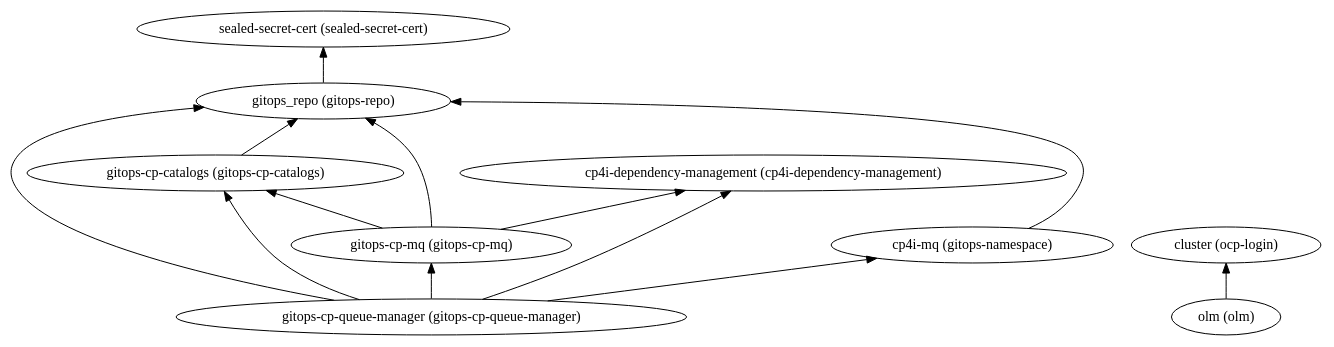
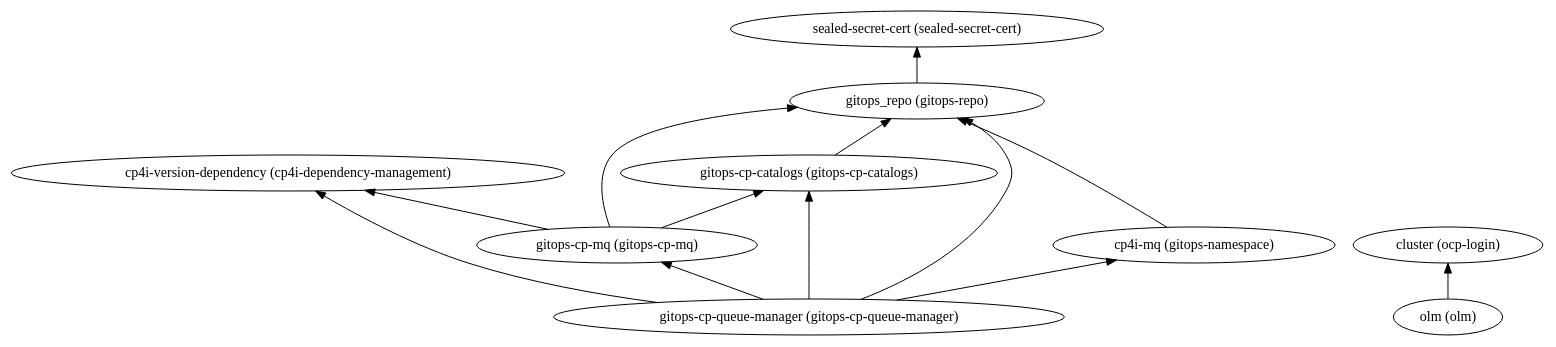
Before and after one commit to IBM/automation-integration-platform: the diagram in 230-integration-mq/dependencies.dot, drawn with Graphviz. The commit also changed 74 other files, not shown here.

```diff
--- a/230-integration-mq/dependencies.dot
+++ b/230-integration-mq/dependencies.dot
@@ -1,24 +1,24 @@
 digraph {
     rankdir="BT"
-    "gitops-cp-catalogs (gitops-cp-catalogs)" -> "gitops_repo (gitops-repo)"
+    "cp4i-version-dependency (cp4i-dependency-management)"
+"gitops-cp-catalogs (gitops-cp-catalogs)" -> "gitops_repo (gitops-repo)"
 "gitops-cp-catalogs (gitops-cp-catalogs)"
 "gitops_repo (gitops-repo)" -> "sealed-secret-cert (sealed-secret-cert)"
 "gitops_repo (gitops-repo)"
 "sealed-secret-cert (sealed-secret-cert)"
 "gitops-cp-mq (gitops-cp-mq)" -> "gitops_repo (gitops-repo)"
 "gitops-cp-mq (gitops-cp-mq)" -> "gitops-cp-catalogs (gitops-cp-catalogs)"
-"gitops-cp-mq (gitops-cp-mq)" -> "cp4i-dependency-management (cp4i-dependency-management)"
+"gitops-cp-mq (gitops-cp-mq)" -> "cp4i-version-dependency (cp4i-dependency-management)"
 "gitops-cp-mq (gitops-cp-mq)"
-"cp4i-dependency-management (cp4i-dependency-management)"
 "gitops-cp-queue-manager (gitops-cp-queue-manager)" -> "gitops_repo (gitops-repo)"
 "gitops-cp-queue-manager (gitops-cp-queue-manager)" -> "gitops-cp-catalogs (gitops-cp-catalogs)"
-"gitops-cp-queue-manager (gitops-cp-queue-manager)" -> "cp4i-dependency-management (cp4i-dependency-management)"
+"gitops-cp-queue-manager (gitops-cp-queue-manager)" -> "cp4i-version-dependency (cp4i-dependency-management)"
 "gitops-cp-queue-manager (gitops-cp-queue-manager)" -> "cp4i-mq (gitops-namespace)"
 "gitops-cp-queue-manager (gitops-cp-queue-manager)" -> "gitops-cp-mq (gitops-cp-mq)"
 "gitops-cp-queue-manager (gitops-cp-queue-manager)"
 "cp4i-mq (gitops-namespace)" -> "gitops_repo (gitops-repo)"
 "cp4i-mq (gitops-namespace)"
 "cluster (ocp-login)"
 "olm (olm)" -> "cluster (ocp-login)"
 "olm (olm)"
   }
```
